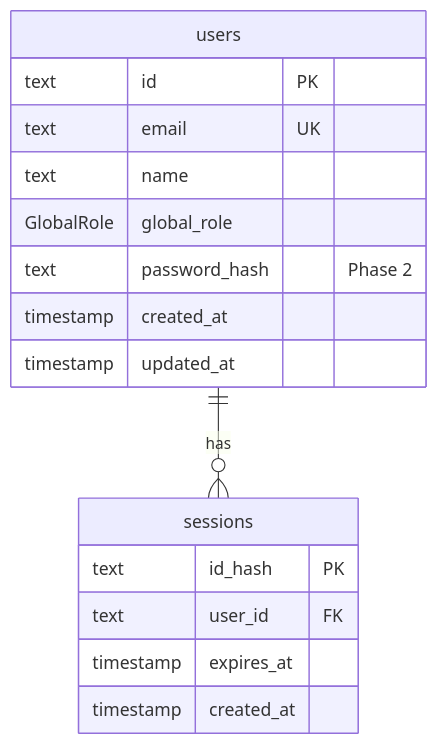
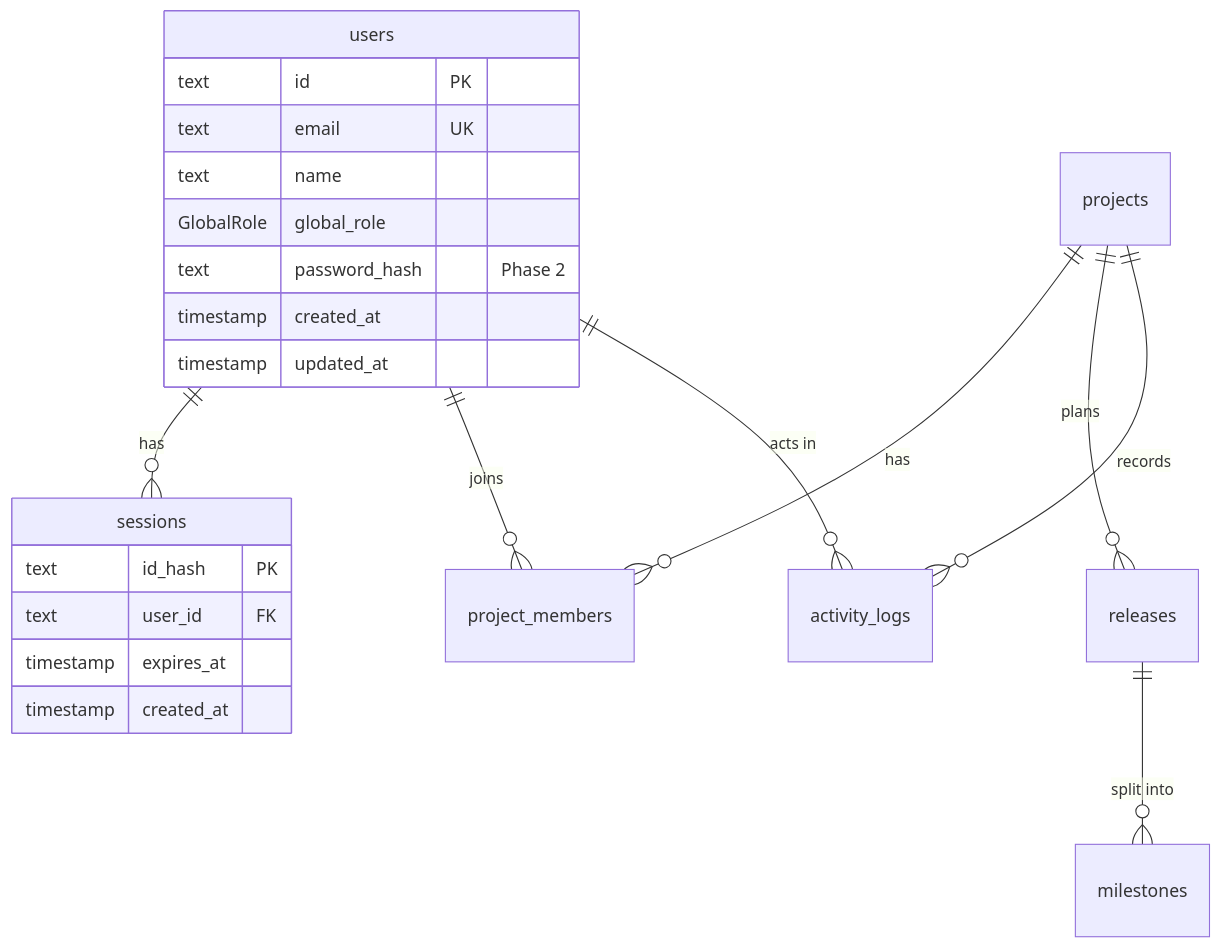
One commit to RITA-CHANN/qa-work-management changed the diagram in docs/database/README.md. Above: the diagram before and after it, drawn with Mermaid. The commit also changed other lines of this file and 58 other files, not shown here.

First line of the commit message:
docs(project): Phase 3A design for projects, members, releases, milestones

````diff
--- a/docs/database/README.md
+++ b/docs/database/README.md
@@ -24,19 +29,25 @@
 ```mermaid
 erDiagram
     users ||--o{ sessions : "has"
+    users ||--o{ project_members : "joins"
+    projects ||--o{ project_members : "has"
+    projects ||--o{ releases : "plans"
+    releases ||--o{ milestones : "split into"
+    projects ||--o{ activity_logs : "records"
+    users ||--o{ activity_logs : "acts in"
     users {
         text id PK
         text email UK
         text name
         GlobalRole global_role
         text password_hash "Phase 2"
         timestamp created_at
         timestamp updated_at
     }
     sessions {
         text id_hash PK
         text user_id FK
         timestamp expires_at
         timestamp created_at
     }
 ```
````
